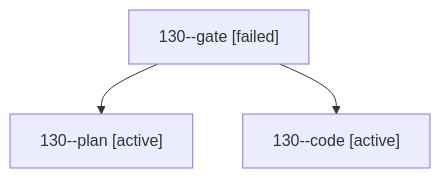
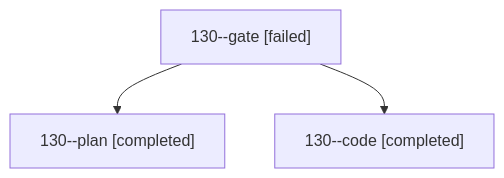
Before and after one commit to bobs-org/bob-cli--agents: the diagram in sessions/bbugyi200.athena.130.md, drawn with Mermaid. The commit also changed other lines of this file and 52 other files, not shown here.

````diff
--- a/sessions/bbugyi200.athena.130.md
+++ b/sessions/bbugyi200.athena.130.md
@@ -9,8 +9,8 @@
 ```mermaid
 flowchart TD
   n0["130--gate [failed]"]
-  n1["130--plan [active]"]
+  n1["130--plan [completed]"]
   n0 --> n1
-  n2["130--code [active]"]
+  n2["130--code [completed]"]
   n0 --> n2
 ```
````
